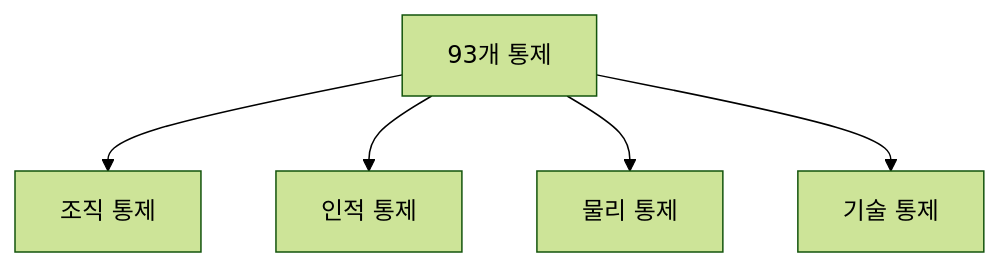
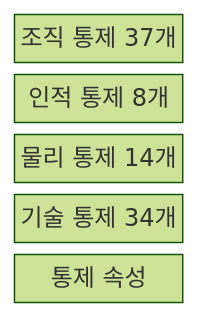
Before and after one commit to agnusdei1207/knowledge-base: the first of 2 diagrams in src/content/docs/notes/05-security/106_iso_27001_2022_revision.md, drawn with Mermaid (forest theme). The commit also changed other lines of this file and 6 other files, not shown here.

````diff
--- a/src/content/docs/notes/05-security/106_iso_27001_2022_revision.md
+++ b/src/content/docs/notes/05-security/106_iso_27001_2022_revision.md
@@ -50,7 +52,9 @@
 ```mermaid
-flowchart TB
-  A["93개 통제"] --> O["조직 통제"]
-  A --> P["인적 통제"]
-  A --> H["물리 통제"]
-  A --> T["기술 통제"]
+block-beta
+  columns 1
+  O["조직 통제 37개"]
+  P["인적 통제 8개"]
+  H["물리 통제 14개"]
+  T["기술 통제 34개"]
+  A["통제 속성"]
 ```
````
